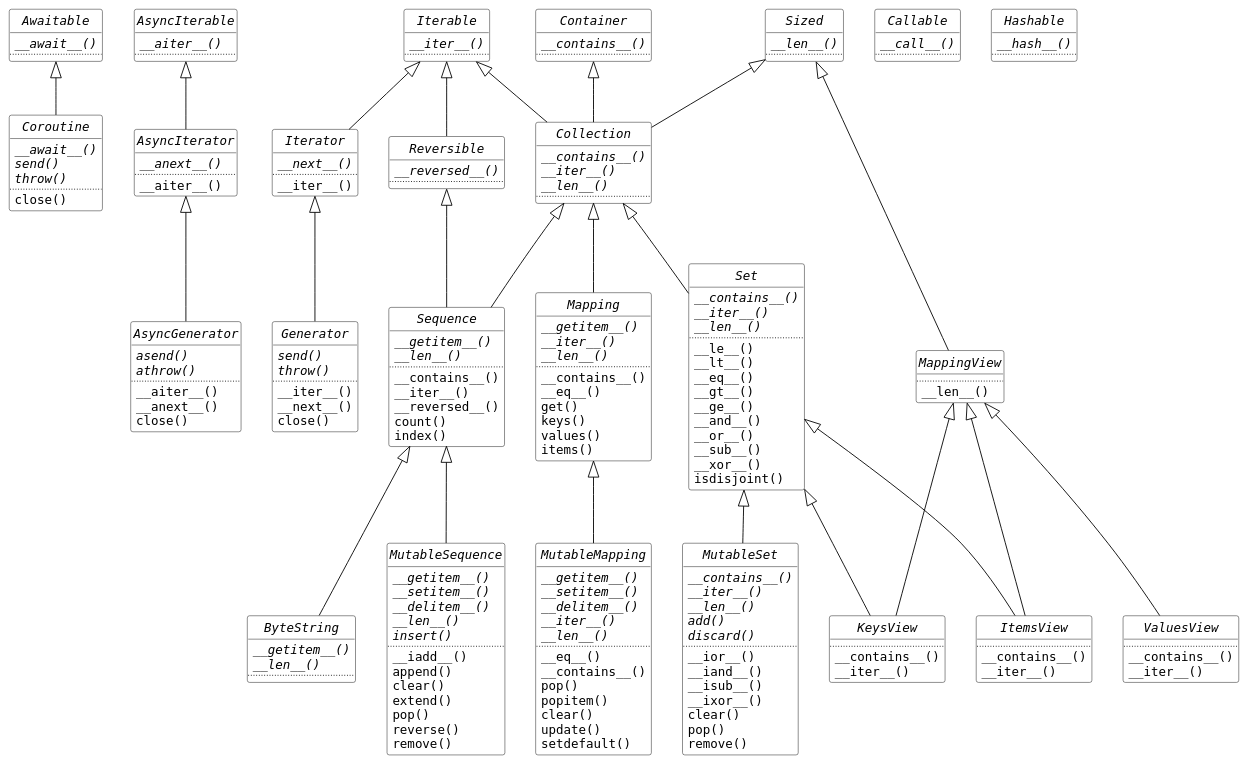
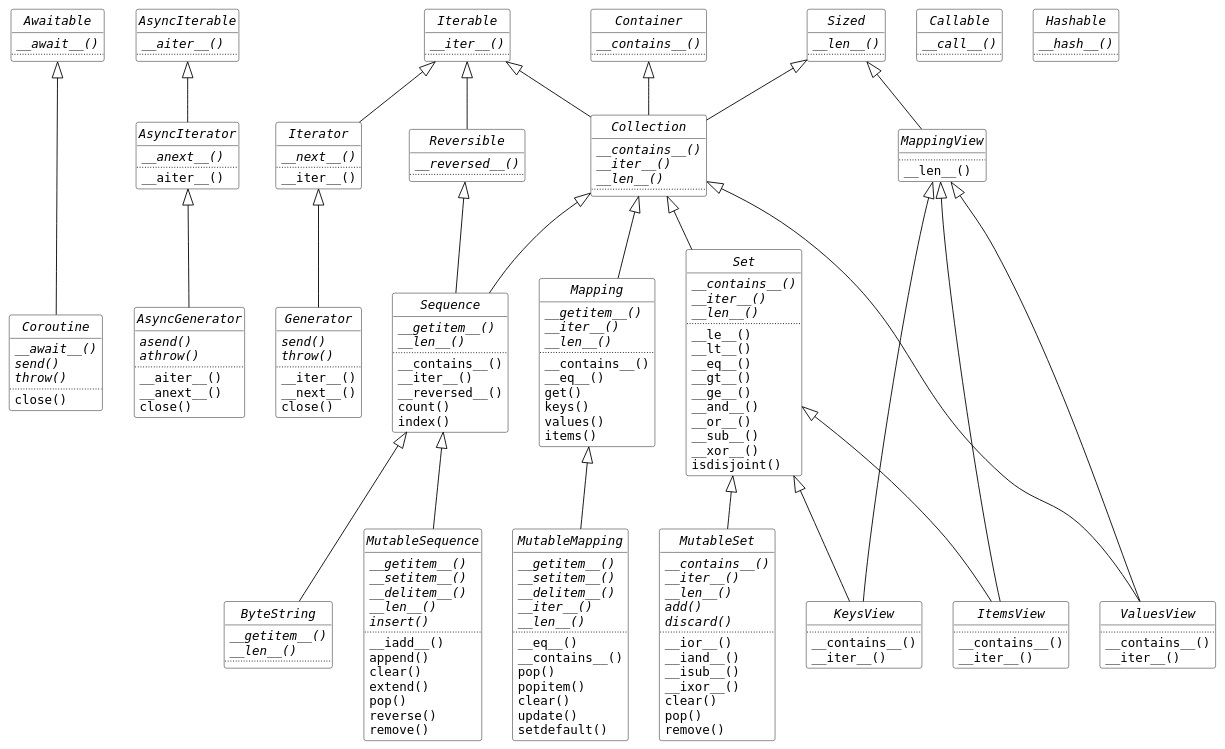
Before and after one commit to yahya-abou-imran/cpython: the diagram in Doc/library/collections.abc.puml, drawn with PlantUML. The commit also changed 1 other file, not shown here.

Commit message:
In 3.7 ValuesView inherits from Collection

```diff
--- a/Doc/library/collections.abc.puml
+++ b/Doc/library/collections.abc.puml
@@ -40,12 +39,35 @@
 
 Set <|-- KeysView
 Set <|-- ItemsView
+Collection <|-- ValuesView
 
 Sequence <|-- MutableSequence
 Sequence <|-- ByteString
-
 Mapping  <|-- MutableMapping
 Set      <|-- MutableSet
+
+
+Awaitable -[hidden]> AsyncIterable
+
+Coroutine -[hidden]> AsyncGenerator
+AsyncGenerator -[hidden]> Generator
+Generator -[hidden]> Sequence
+Sequence -[hidden]> Mapping
+Mapping -[hidden]> Set
+
+Reversible -[hidden]> Collection
+Collection -[hidden]> MappingView
+
+MappingView -[hidden]--> KeysView
+MappingView -[hidden]--> ValuesView
+MappingView -[hidden]--> ItemsView
+
+ByteString -[hidden]> MutableSequence
+MutableSequence -[hidden]> MutableMapping
+MutableMapping -[hidden]> MutableSet
+MutableSet -[hidden]> KeysView
+KeysView -[hidden]> ItemsView
+ItemsView -[hidden]> ValuesView
 
 
 abstract class Container {
```
